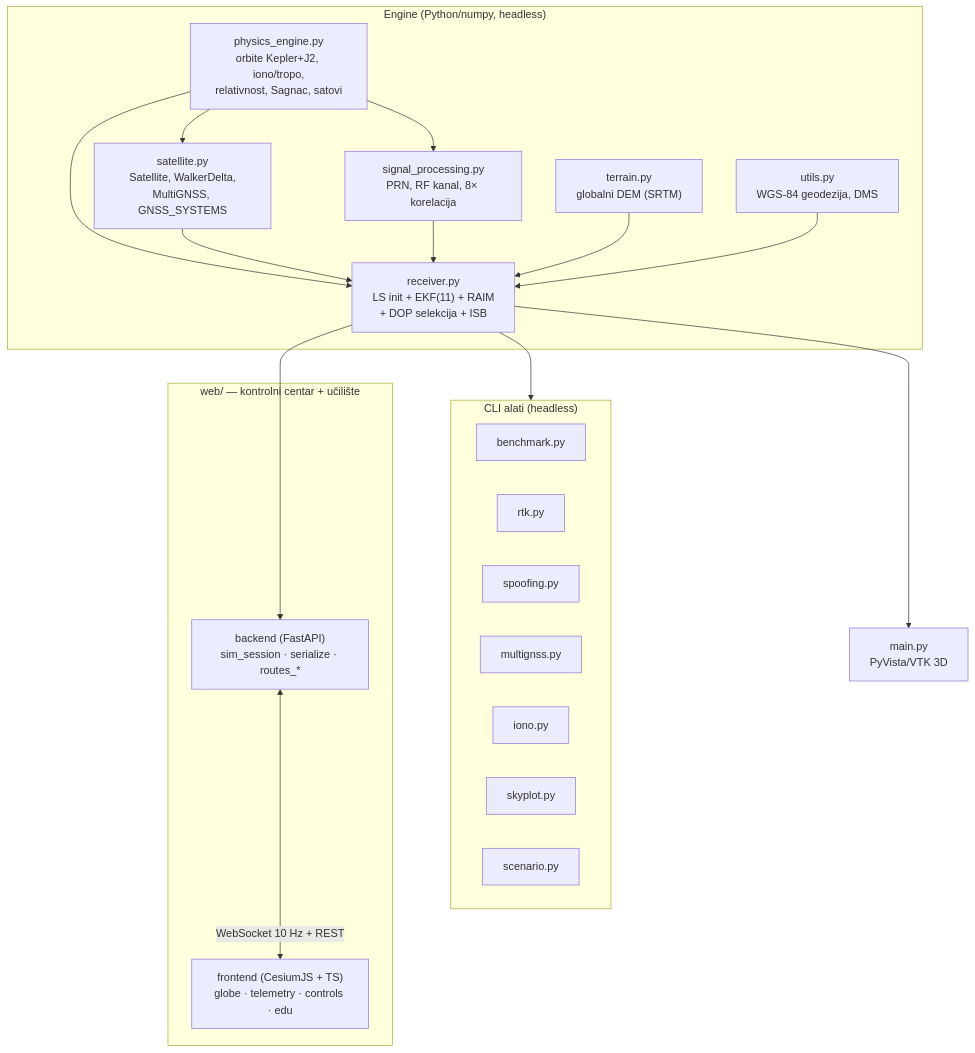
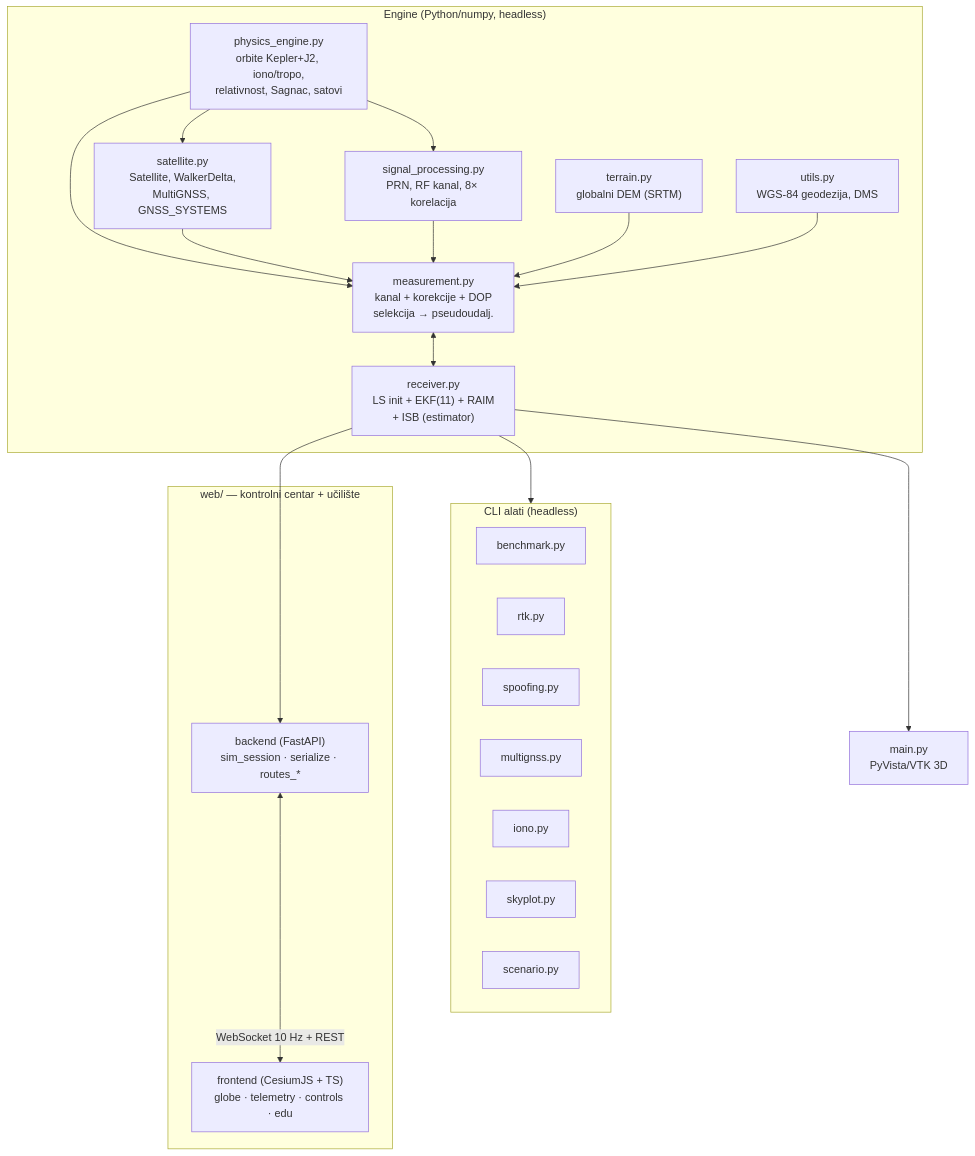
Before and after one commit to dodozg/gps-simulator-3d: the first of 4 diagrams in GPS_Simulator_Documentation.md, drawn with Mermaid. The commit also changed other lines of this file and 5 other files, not shown here.

````diff
--- a/GPS_Simulator_Documentation.md
+++ b/GPS_Simulator_Documentation.md
@@ -40,40 +40,42 @@
 ```mermaid
 flowchart TB
     subgraph ENGINE["Engine (Python/numpy, headless)"]
         PE["physics_engine.py<br/>orbite Kepler+J2, iono/tropo,<br/>relativnost, Sagnac, satovi"]
         SAT["satellite.py<br/>Satellite, WalkerDelta,<br/>MultiGNSS, GNSS_SYSTEMS"]
         SP["signal_processing.py<br/>PRN, RF kanal, 8× korelacija"]
         TER["terrain.py<br/>globalni DEM (SRTM)"]
-        RX["receiver.py<br/>LS init + EKF(11) + RAIM<br/>+ DOP selekcija + ISB"]
+        MEAS["measurement.py<br/>kanal + korekcije + DOP<br/>selekcija → pseudoudalj."]
+        RX["receiver.py<br/>LS init + EKF(11) + RAIM<br/>+ ISB (estimator)"]
         UT["utils.py<br/>WGS-84 geodezija, DMS"]
         PE --> SAT
         PE --> SP
-        PE --> RX
-        SAT --> RX
-        SP --> RX
-        TER --> RX
-        UT --> RX
+        PE --> MEAS
+        SAT --> MEAS
+        SP --> MEAS
+        TER --> MEAS
+        UT --> MEAS
+        MEAS <--> RX
     end
 
     subgraph TOOLS["CLI alati (headless)"]
         BM["benchmark.py"]
         RTK["rtk.py"]
         SPOOF["spoofing.py"]
         MG["multignss.py"]
         ION["iono.py"]
         SKY["skyplot.py"]
         SCN["scenario.py"]
     end
 
     subgraph WEB["web/ — kontrolni centar + učilište"]
         BE["backend (FastAPI)<br/>sim_session · serialize · routes_*"]
         FE["frontend (CesiumJS + TS)<br/>globe · telemetry · controls · edu"]
         BE <-->|"WebSocket 10 Hz + REST"| FE
     end
 
     DESKTOP["main.py<br/>PyVista/VTK 3D"]
 
     RX --> TOOLS
     RX --> DESKTOP
     RX --> BE
 ```
````
